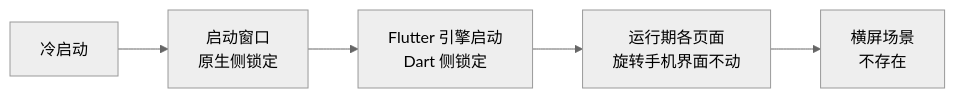
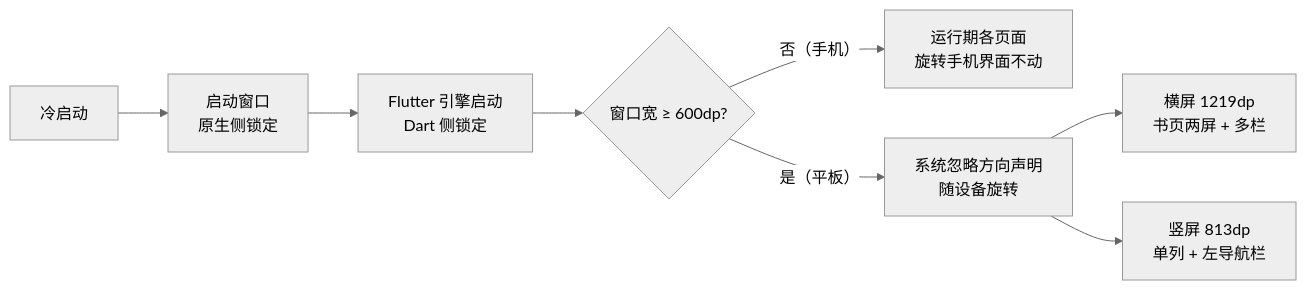
Before and after one commit to kindywu/contexta: the first of 2 diagrams in impl/app/flutter/docs/app-orientation.md, drawn with Mermaid (neutral theme). The commit also changed other lines of this file and 3 other files, not shown here.

````diff
--- a/impl/app/flutter/docs/app-orientation.md
+++ b/impl/app/flutter/docs/app-orientation.md
@@ -17,7 +21,10 @@
 ```mermaid
 flowchart LR
     A[冷启动] --> B[启动窗口<br/>原生侧锁定]
     B --> C[Flutter 引擎启动<br/>Dart 侧锁定]
-    C --> D[运行期各页面<br/>旋转手机界面不动]
-    D --> E[横屏场景<br/>不存在]
+    C --> D{窗口宽 ≥ 600dp?}
+    D -- 否（手机）--> E[运行期各页面<br/>旋转手机界面不动]
+    D -- 是（平板）--> F[系统忽略方向声明<br/>随设备旋转]
+    F --> G[横屏 1219dp<br/>书页两屏 + 多栏]
+    F --> H[竖屏 813dp<br/>单列 + 左导航栏]
 ```
````
